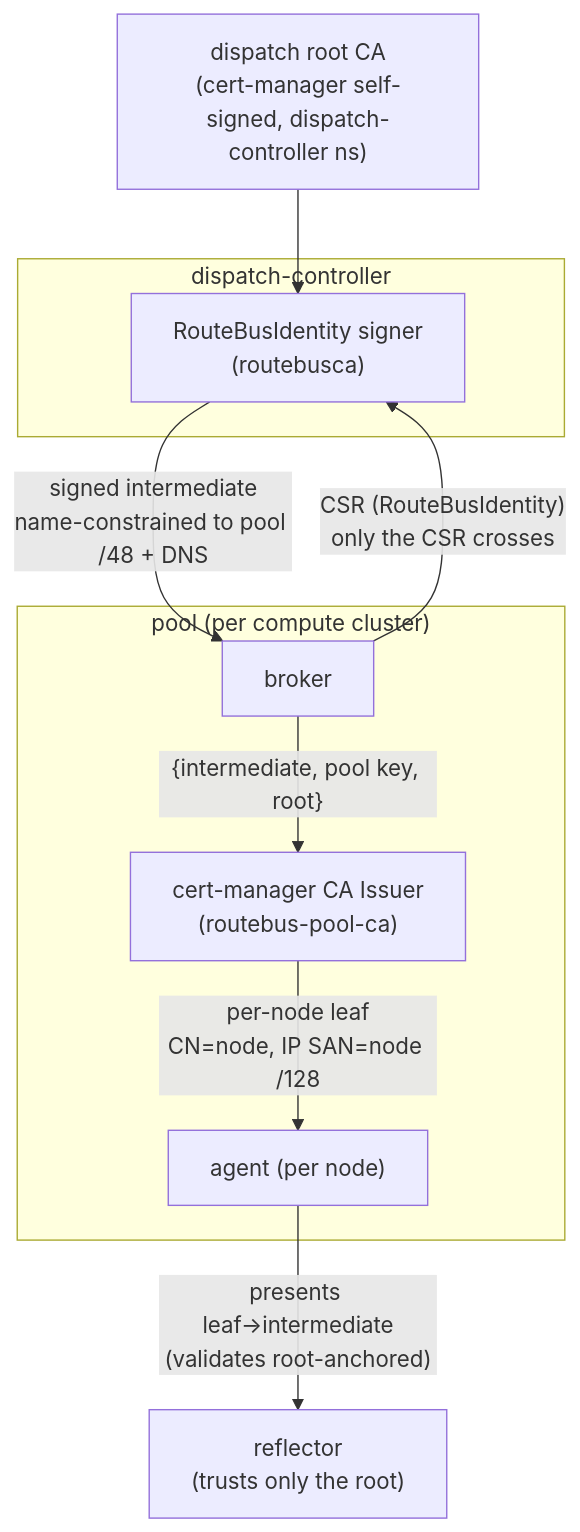
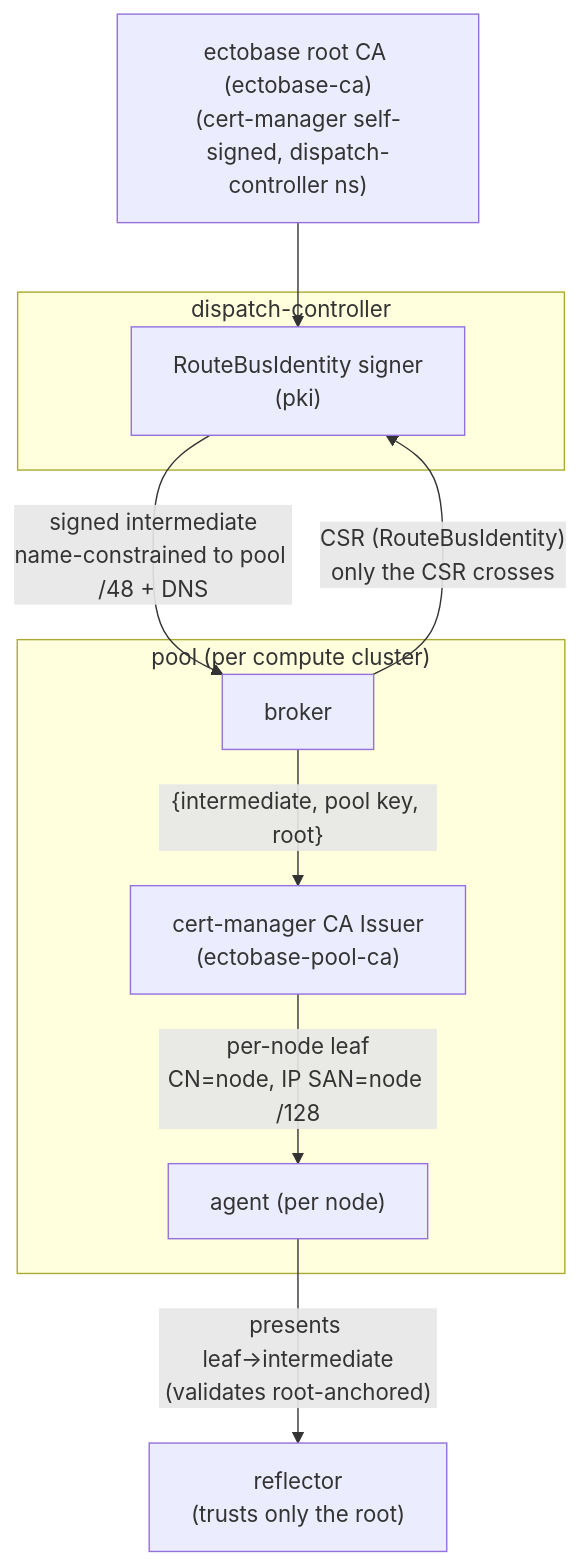
Before and after one commit to trevex/ectobase: the third of 3 diagrams in docs/architecture/route-bus.md, drawn with Mermaid. The commit also changed other lines of this file and 29 other files, not shown here.

First line of the commit message:
docs: re-truth after the PKI rename, per-pool scoping, and XDP→tcx

````diff
--- a/docs/architecture/route-bus.md
+++ b/docs/architecture/route-bus.md
@@ -159,18 +159,18 @@
 ```mermaid
 flowchart TB
-    root["dispatch root CA<br/>(cert-manager self-signed, dispatch-controller ns)"]
+    root["ectobase root CA (ectobase-ca)<br/>(cert-manager self-signed, dispatch-controller ns)"]
     subgraph signer["dispatch-controller"]
-        sign["RouteBusIdentity signer<br/>(routebusca)"]
+        sign["RouteBusIdentity signer<br/>(pki)"]
     end
     subgraph pool["pool (per compute cluster)"]
         broker["broker"]
-        issuer["cert-manager CA Issuer<br/>(routebus-pool-ca)"]
+        issuer["cert-manager CA Issuer<br/>(ectobase-pool-ca)"]
         agent["agent (per node)"]
     end
     root --> sign
     broker -->|"CSR (RouteBusIdentity)<br/>only the CSR crosses"| sign
     sign -->|"signed intermediate<br/>name-constrained to pool /48 + DNS"| broker
     broker -->|"{intermediate, pool key, root}"| issuer
     issuer -->|"per-node leaf<br/>CN=node, IP SAN=node /128"| agent
     agent -->|"presents leaf→intermediate<br/>(validates root-anchored)"| reflector["reflector<br/>(trusts only the root)"]
 ```
````
